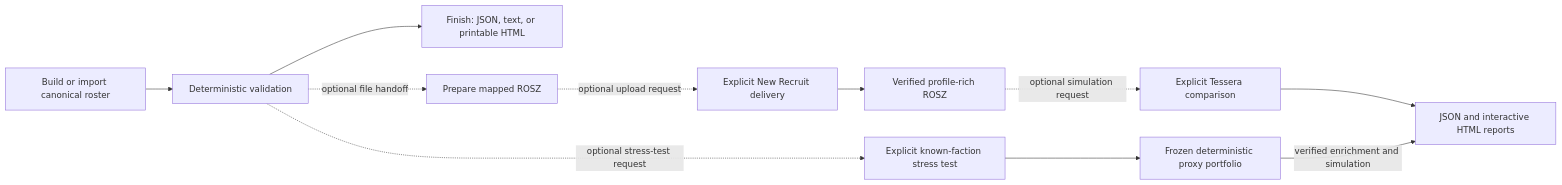
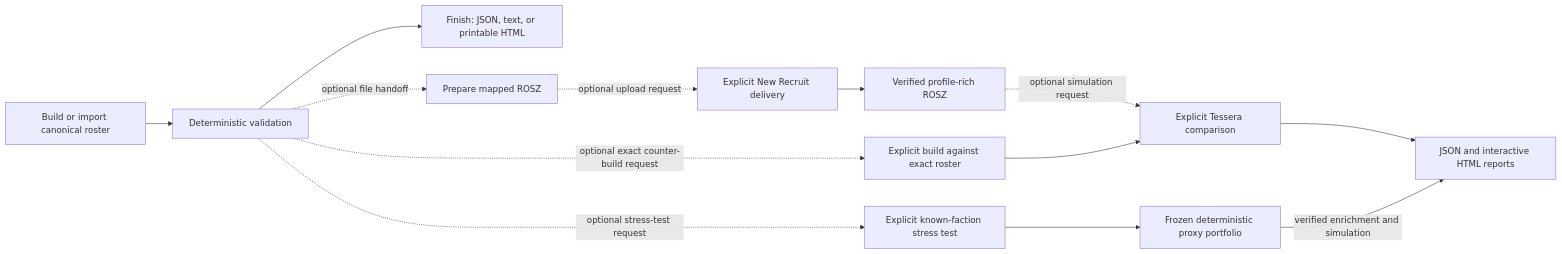
One commit to jrichyrich/new_recruit changed the first of 5 diagrams in docs/architecture.md. Above: the diagram before and after it, drawn with Mermaid. The commit also changed other lines of this file and 71 other files, not shown here.

````diff
--- a/docs/architecture.md
+++ b/docs/architecture.md
@@ -30,24 +33,27 @@
 ```mermaid
 flowchart LR
     build["Build or import canonical roster"]
     validate["Deterministic validation"]
     finish["Finish: JSON, text, or printable HTML"]
     handoff["Prepare mapped ROSZ"]
     deliver["Explicit New Recruit delivery"]
     enrich["Verified profile-rich ROSZ"]
     compare["Explicit Tessera comparison"]
+    counter["Explicit build against exact roster"]
     stress["Explicit known-faction stress test"]
     portfolio["Frozen deterministic proxy portfolio"]
     report["JSON and interactive HTML reports"]
 
     build --> validate
     validate --> finish
     validate -. "optional file handoff" .-> handoff
     handoff -. "optional upload request" .-> deliver
     deliver --> enrich
     enrich -. "optional simulation request" .-> compare
     compare --> report
+    validate -. "optional exact counter-build request" .-> counter
+    counter --> compare
     validate -. "optional stress-test request" .-> stress
     stress --> portfolio
     portfolio -->|"verified enrichment and simulation"| report
 ```
````
